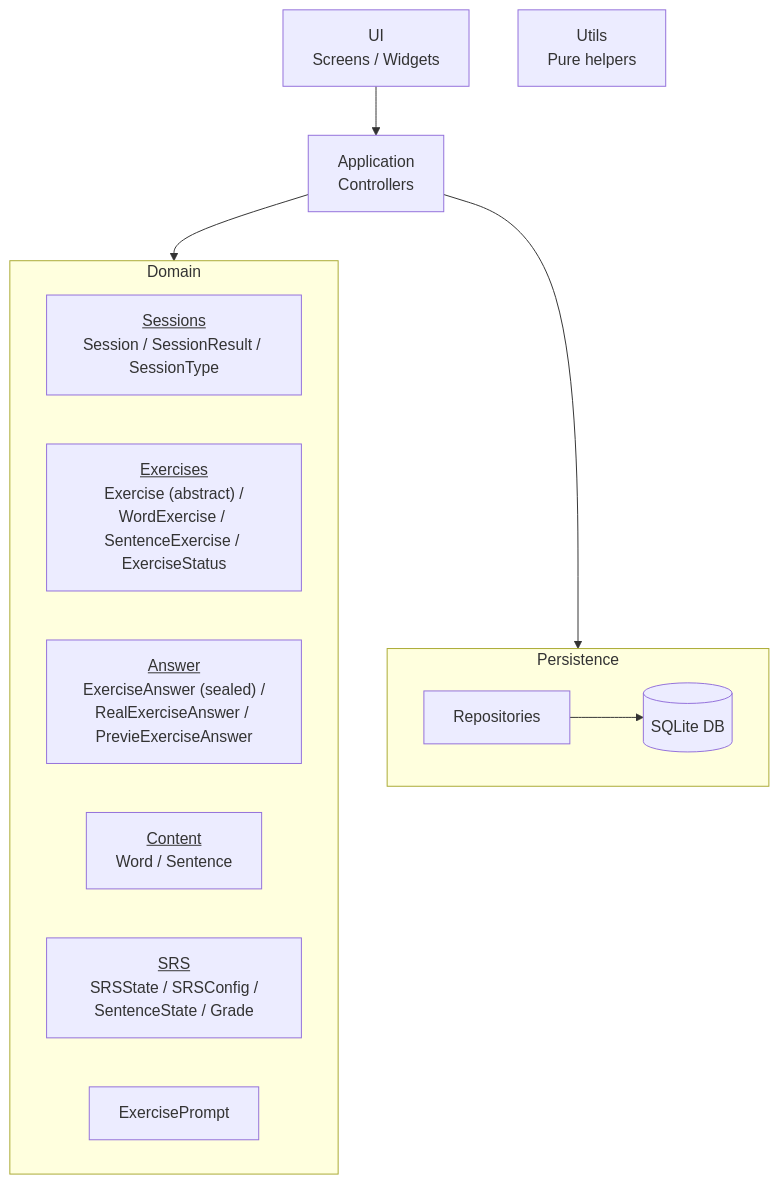
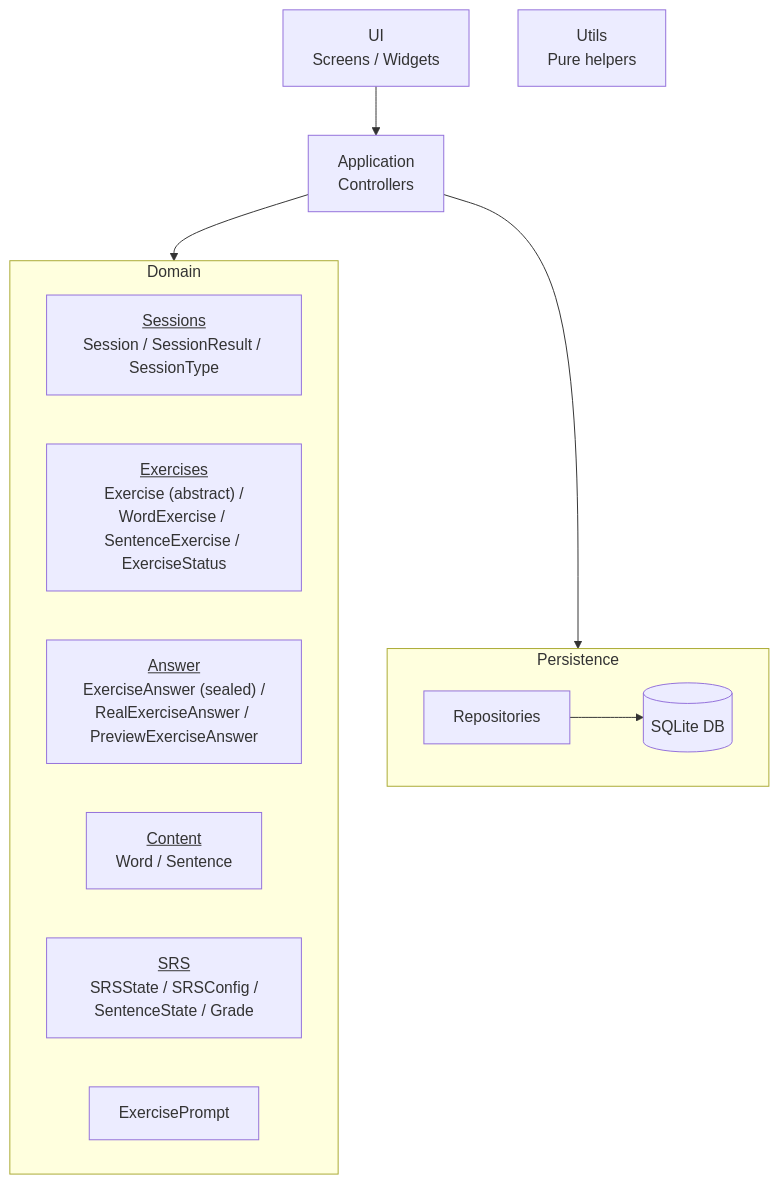
Before and after one commit to Antoine-Lagache/psitta: the diagram in docs/architecture/overview.md, drawn with Mermaid. The commit also changed other lines of this file and 14 other files, not shown here.

````diff
--- a/docs/architecture/overview.md
+++ b/docs/architecture/overview.md
@@ -12,34 +12,34 @@
 ```mermaid
 flowchart TD
     %% UI
     UI["UI<br/>Screens / Widgets"]
 
     %% Application
     APP["Application<br/>Controllers"]
 
     %% Domain (with internal structure)
     subgraph DOM["Domain"]
         DOM_SESS["<u>Sessions</u><br/>Session / SessionResult / SessionType"]
         DOM_EXO["<u>Exercises</u><br/> Exercise (abstract) / WordExercise / SentenceExercise / ExerciseStatus"]
-        DOM_ANSWER["<u>Answer</u><br/> ExerciseAnswer (sealed) / RealExerciseAnswer / PrevieExerciseAnswer"]
+        DOM_ANSWER["<u>Answer</u><br/> ExerciseAnswer (sealed) / RealExerciseAnswer / PreviewExerciseAnswer"]
         DOM_CONTENT["<u>Content</u><br/> Word / Sentence"]
         DOM_SRS["<u>SRS</u><br/> SRSState / SRSConfig / SentenceState / Grade"]
         DOM_PROMPT["ExercisePrompt"]
     end
 
     %% Persistence
     subgraph PERS["Persistence"]
         REPO["Repositories"]
         DB[(SQLite DB)]
         REPO --> DB
     end
 
     %% Utils (transversal, no explicit dependencies)
     UTILS["Utils<br/>Pure helpers"]
 
     %% Main dependencies
     UI --> APP
     APP --> DOM
     APP --> PERS
 
 ```
````
